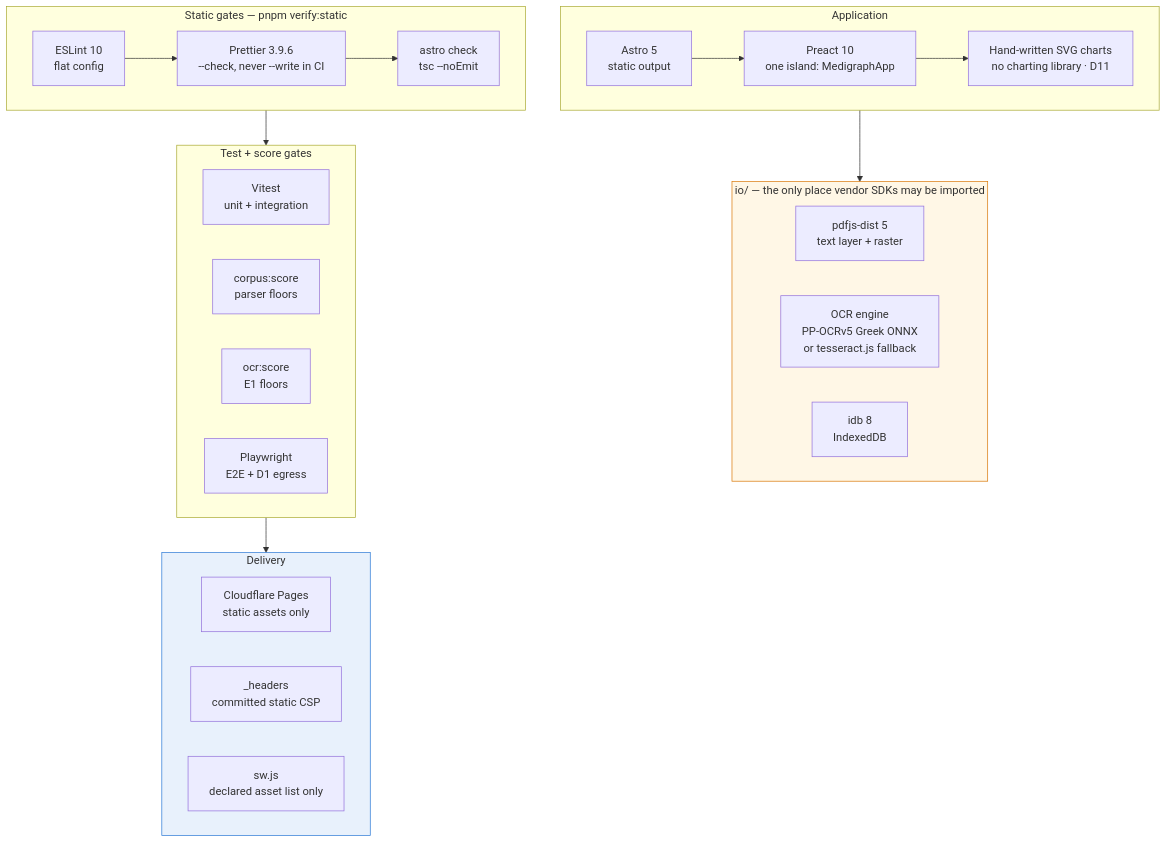
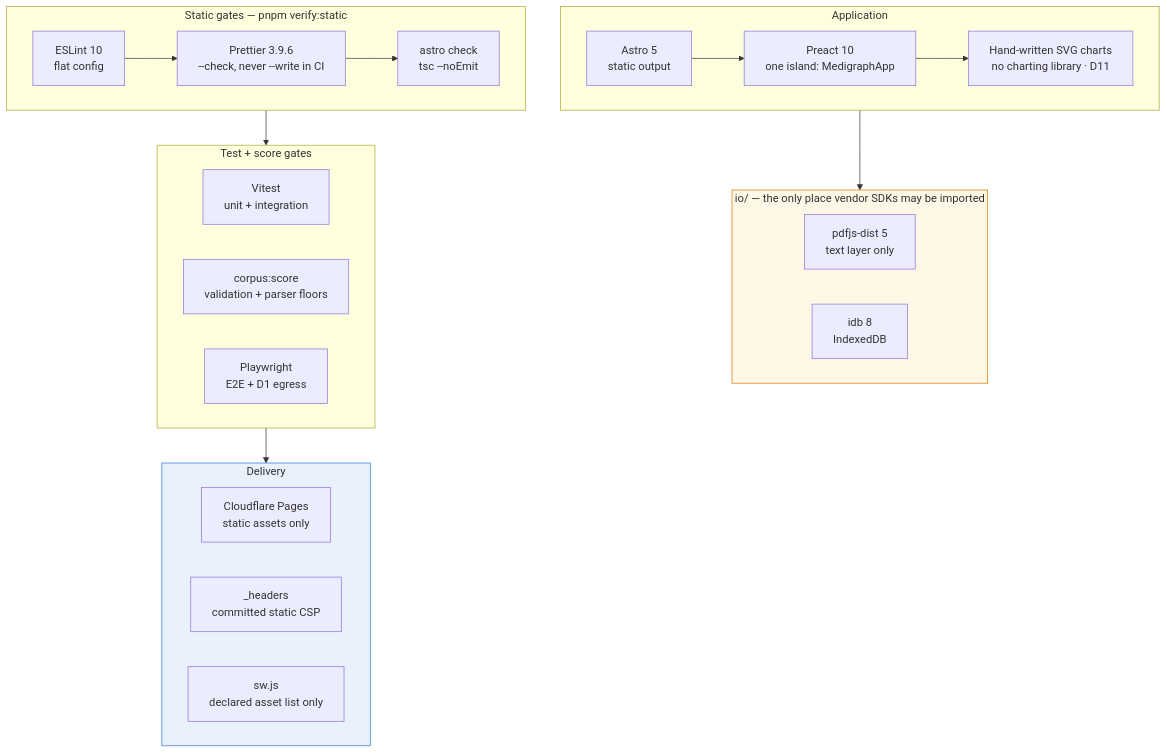
Before and after one commit to vdassios/Medigraph: the fourth of 5 diagrams in README.md, drawn with Mermaid. The commit also changed other lines of this file, not shown here.

First line of the commit message:
docs(readme): rewrite for ΑΗΦΥ-only input and categorical results

````diff
--- a/README.md
+++ b/README.md
@@ -169,42 +239,40 @@
 ```mermaid
 flowchart TB
   subgraph app["Application"]
     direction LR
     AS["Astro 5<br/>static output"] --> PA["Preact 10<br/>one island: MedigraphApp"]
     PA --> SVG["Hand-written SVG charts<br/>no charting library · D11"]
   end
 
   subgraph io["io/ — the only place vendor SDKs may be imported"]
     direction LR
-    PJ["pdfjs-dist 5<br/>text layer + raster"]
-    OCR["OCR engine<br/>PP-OCRv5 Greek ONNX<br/>or tesseract.js fallback"]
+    PJ["pdfjs-dist 5<br/>text layer only"]
     IDB["idb 8<br/>IndexedDB"]
   end
 
   subgraph quality["Static gates — pnpm verify:static"]
     direction LR
     ES["ESLint 10<br/>flat config"] --> PR["Prettier 3.9.6<br/>--check, never --write in CI"]
     PR --> TS["astro check<br/>tsc --noEmit"]
   end
 
   subgraph tests["Test + score gates"]
     direction LR
     VT["Vitest<br/>unit + integration"]
-    CS["corpus:score<br/>parser floors"]
-    OS["ocr:score<br/>E1 floors"]
+    CS["corpus:score<br/>validation + parser floors"]
     PW["Playwright<br/>E2E + D1 egress"]
   end
 
   subgraph host["Delivery"]
     direction LR
     CF["Cloudflare Pages<br/>static assets only"]
     HD["_headers<br/>committed static CSP"]
     SW["sw.js<br/>declared asset list only"]
   end
 
   app --> io
   quality --> tests --> host
 
   style io fill:#fff7e6,stroke:#d97706
   style host fill:#e8f1fc,stroke:#2a78d6
 ```
````
